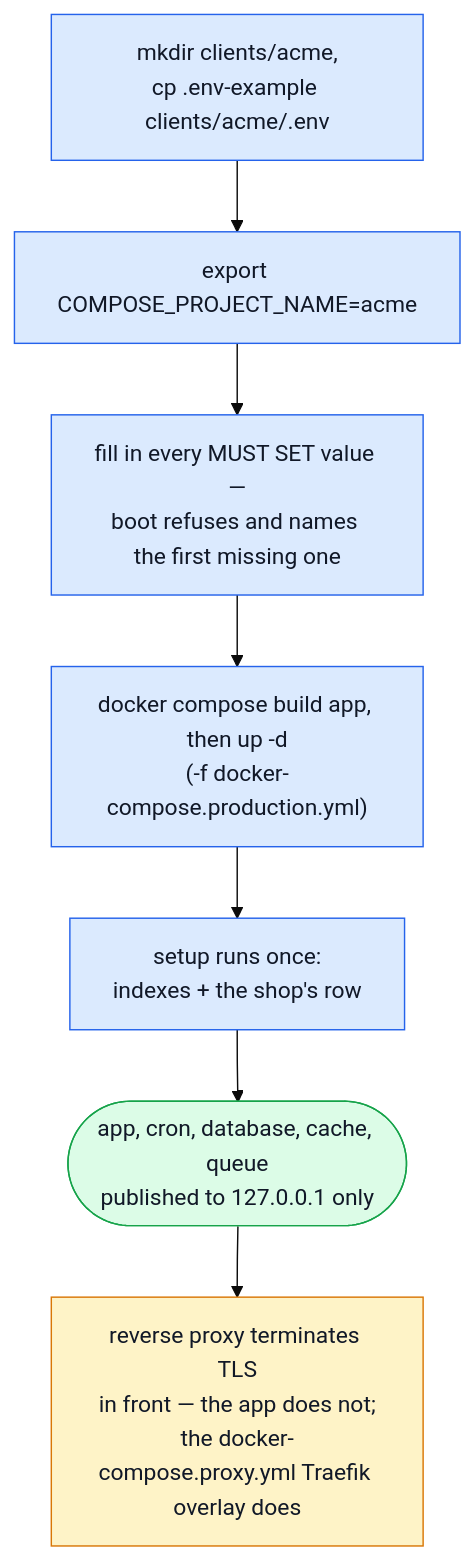
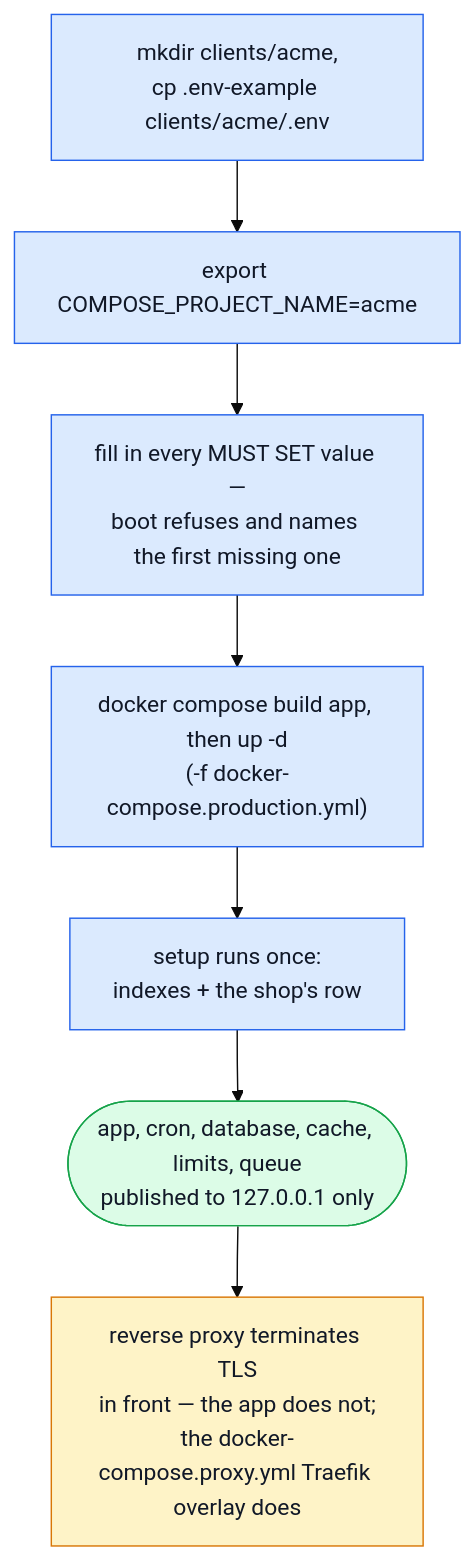
The first of 3 diagrams in docs/getting-started-production.md (Guebbit/boilerplate-node-backend), drawn with Mermaid (base theme) before and after one commit. The commit also changed other lines of this file and 130 other files, not shown here.

````diff
--- a/docs/getting-started-production.md
+++ b/docs/getting-started-production.md
@@ -19,16 +19,16 @@
 ```mermaid
 flowchart TD
     Dir["mkdir clients/acme,\ncp .env-example clients/acme/.env"] --> Name["export COMPOSE_PROJECT_NAME=acme"]
     Name --> Secrets["fill in every MUST SET value —\nboot refuses and names the first missing one"]
     Secrets --> Up["docker compose build app, then up -d\n(-f docker-compose.production.yml)"]
     Up --> Setup["setup runs once:\nindexes + the shop's row"]
-    Setup --> Running(["app, cron, database, cache, queue\npublished to 127.0.0.1 only"])
+    Setup --> Running(["app, cron, database, cache, limits, queue\npublished to 127.0.0.1 only"])
     Running --> Proxy["reverse proxy terminates TLS\nin front — the app does not;\nthe docker-compose.proxy.yml Traefik overlay does"]
 
     classDef step fill:#dbeafe,stroke:#2563eb,color:#111827;
     classDef done fill:#dcfce7,stroke:#16a34a,color:#111827;
     classDef warn fill:#fef3c7,stroke:#d97706,color:#111827;
     class Dir,Name,Secrets,Up,Setup step;
     class Running done;
     class Proxy warn;
 ```
````
